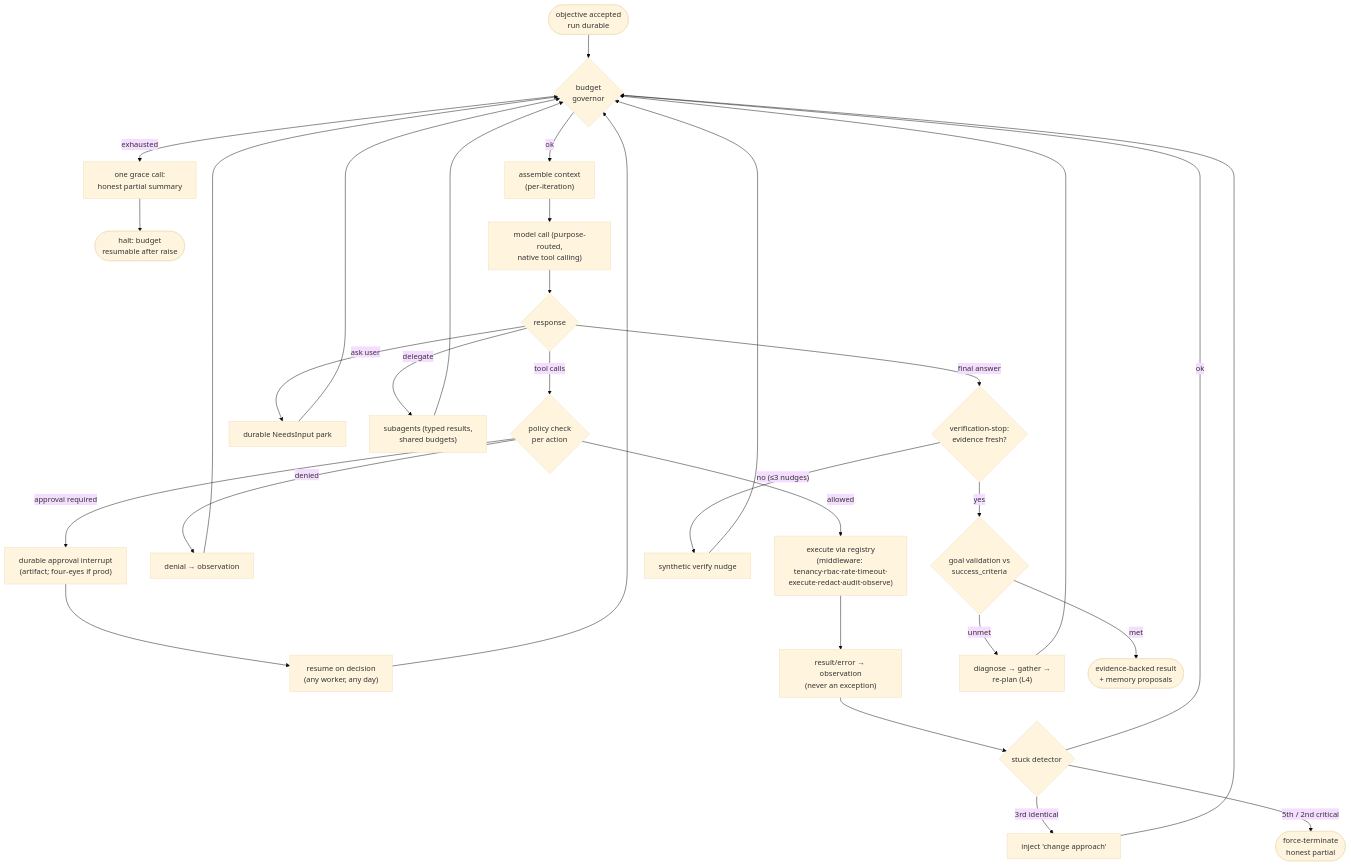
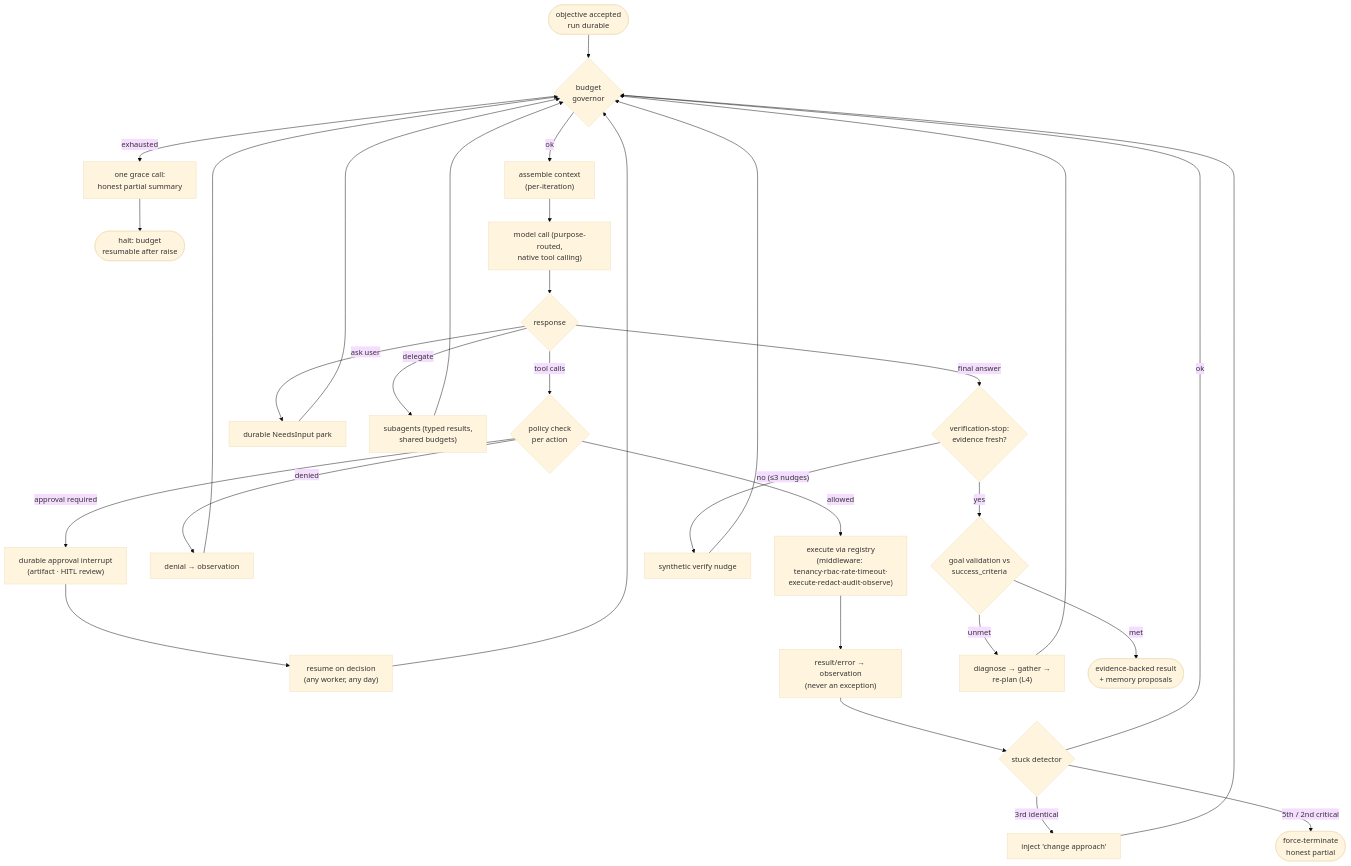
Before and after one commit to Saikumar22042002/AegisOps_AIOPS: the first of 4 diagrams in Redesign/04-Agent-Harness-Specification.md, drawn with Mermaid (base theme). The commit also changed other lines of this file and 18 other files, not shown here.

````diff
--- a/Redesign/04-Agent-Harness-Specification.md
+++ b/Redesign/04-Agent-Harness-Specification.md
@@ -110,23 +110,23 @@
 ```mermaid
 flowchart TB
     START([objective accepted<br/>run durable]) --> BG{budget<br/>governor}
     BG -- exhausted --> GRACE["one grace call:<br/>honest partial summary"] --> HALT([halt: budget<br/>resumable after raise])
     BG -- ok --> CTX["assemble context<br/>(per-iteration)"]
     CTX --> LLM["model call (purpose-routed,<br/>native tool calling)"]
     LLM --> Q{response}
     Q -- "tool calls" --> POL{policy check<br/>per action}
-    POL -- "approval required" --> PARK["durable approval interrupt<br/>(artifact; four-eyes if prod)"] --> RESUME["resume on decision<br/>(any worker, any day)"] --> BG
+    POL -- "approval required" --> PARK["durable approval interrupt<br/>(artifact · HITL review)"] --> RESUME["resume on decision<br/>(any worker, any day)"] --> BG
     POL -- denied --> OBSD["denial → observation"] --> BG
     POL -- allowed --> EXEC["execute via registry<br/>(middleware: tenancy·rbac·rate·timeout·<br/>execute·redact·audit·observe)"]
     EXEC --> OBS["result/error → observation<br/>(never an exception)"] --> STUCK{stuck detector}
     STUCK -- "3rd identical" --> NUDGE["inject 'change approach'"] --> BG
     STUCK -- "5th / 2nd critical" --> HALT2([force-terminate<br/>honest partial])
     STUCK -- ok --> BG
     Q -- "ask user" --> ASK["durable NeedsInput park"] --> BG
     Q -- delegate --> SUB["subagents (typed results,<br/>shared budgets)"] --> BG
     Q -- "final answer" --> VS{verification-stop:<br/>evidence fresh?}
     VS -- "no (≤3 nudges)" --> VN["synthetic verify nudge"] --> BG
     VS -- yes --> GV{goal validation vs<br/>success_criteria}
     GV -- unmet --> DIAG["diagnose → gather →<br/>re-plan (L4)"] --> BG
     GV -- met --> DONE([evidence-backed result<br/>+ memory proposals])
 ```
````
